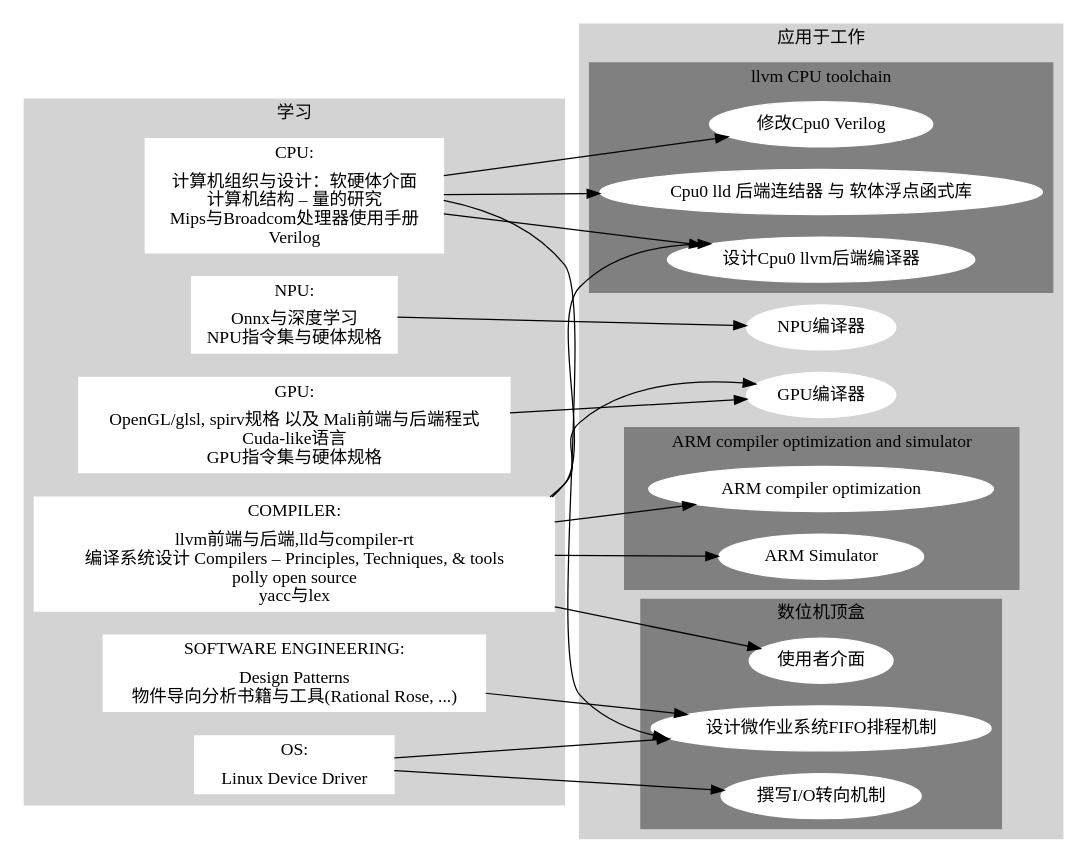
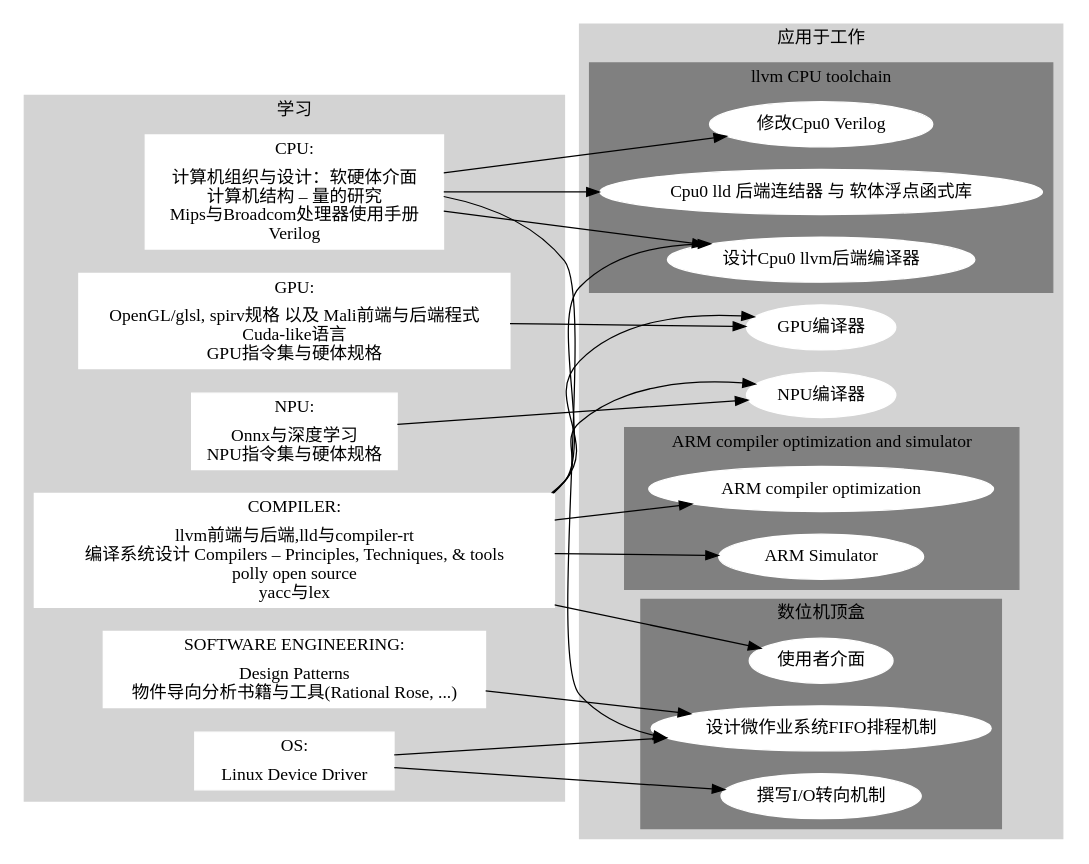
One commit to Jonathan2251/ws changed the diagram in images/study_and_apply_ch2.gv. Above: the diagram before and after it, drawn with Graphviz. The commit also changed 5 other files, not shown here.

```diff
--- a/images/study_and_apply_ch2.gv
+++ b/images/study_and_apply_ch2.gv
@@ -1,61 +1,62 @@
 // Free usage license, author: Chung-Shu Chen 陈钟枢
 
 digraph G {
 
   rankdir=LR;
   subgraph cluster_0 {
     style=filled;
     label = "学习";
     node [shape=record,style=filled,color=white]; CPU [label="CPU:|计算机组织与设计：软硬体介面\n计算机结构 – 量的研究\nMips与Broadcom处理器使用手册\nVerilog"];
     node [shape=record,style=filled,color=white]; GPU [label="GPU:|OpenGL/glsl, spirv规格 以及 Mali前端与后端程式\nCuda-like语言\nGPU指令集与硬体规格"];
     node [shape=record,style=filled,color=white]; NPU [label="NPU:|Onnx与深度学习\nNPU指令集与硬体规格"];
     node [style=filled,color=white]; COMPILER [label="COMPILER:|llvm前端与后端,lld与compiler-rt\n编译系统设计 Compilers – Principles, Techniques, & tools\npolly open source\nyacc与lex"];
     node [style=filled,color=white]; OS [label="OS:|Linux Device Driver"]; 
     node [style=filled,color=white]; "SOFTWARE ENGINEERING" [label="SOFTWARE ENGINEERING:|Design Patterns\n物件导向分析书籍与工具(Rational Rose, ...)"]; 
     color=lightgrey;
   }
   subgraph cluster_1 {
     style=filled;
     color=lightgrey;
     label = "应用于工作";
     subgraph cluster_1_1 {
       color=gray;
       label = "llvm CPU toolchain";
       node [style=filled,color=white]; backend [label="设计Cpu0 llvm后端编译器"];
       node [style=filled,color=white]; linker [label="Cpu0 lld 后端连结器 与 软体浮点函式库"];
       node [style=filled,color=white]; verilog [label="修改Cpu0 Verilog"];
     }
     subgraph cluster_1_2 {
       color=gray;
       label = "ARM compiler optimization and simulator";
       node [style=filled,color=white]; armopt [label="ARM compiler optimization"];
       node [style=filled,color=white]; armsim [label="ARM Simulator"];
     }
     node [style=filled,color=white]; gpucompiler [label="GPU编译器"];
     node [style=filled,color=white]; npucompiler [label="NPU编译器"];
     subgraph cluster_1_3 {
       color=gray;
       label = "数位机顶盒";
       //node [style=filled,color=white]; codewarrior [label="找出Code Warrior编译器设计错误"];
       node [style=filled,color=white]; tinyos [label="设计微作业系统FIFO排程机制"];
       node [style=filled,color=white]; ui [label="使用者介面"];
       node [style=filled,color=white]; io [label="撰写I/O转向机制"];
     }
   }
   CPU -> verilog;
   //CPU -> codewarrior;
   CPU -> tinyos;
   CPU -> backend;
   CPU -> linker;
   GPU -> gpucompiler;
   NPU -> npucompiler;
+  COMPILER -> npucompiler;
   COMPILER -> backend;
   COMPILER -> gpucompiler;
   COMPILER -> armopt;
   COMPILER -> armsim;
   //COMPILER -> codewarrior;
   COMPILER -> ui;
   OS -> tinyos;
   OS -> io;
   "SOFTWARE ENGINEERING" -> tinyos;
 }
```
